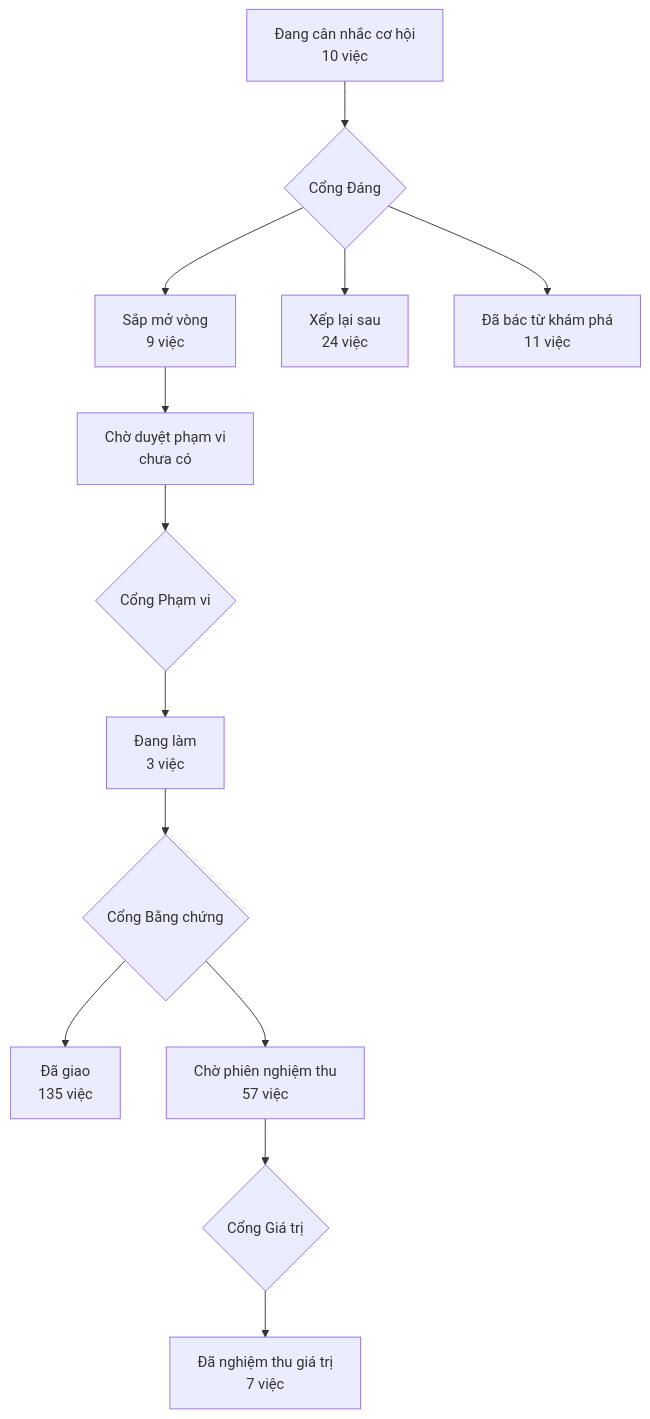
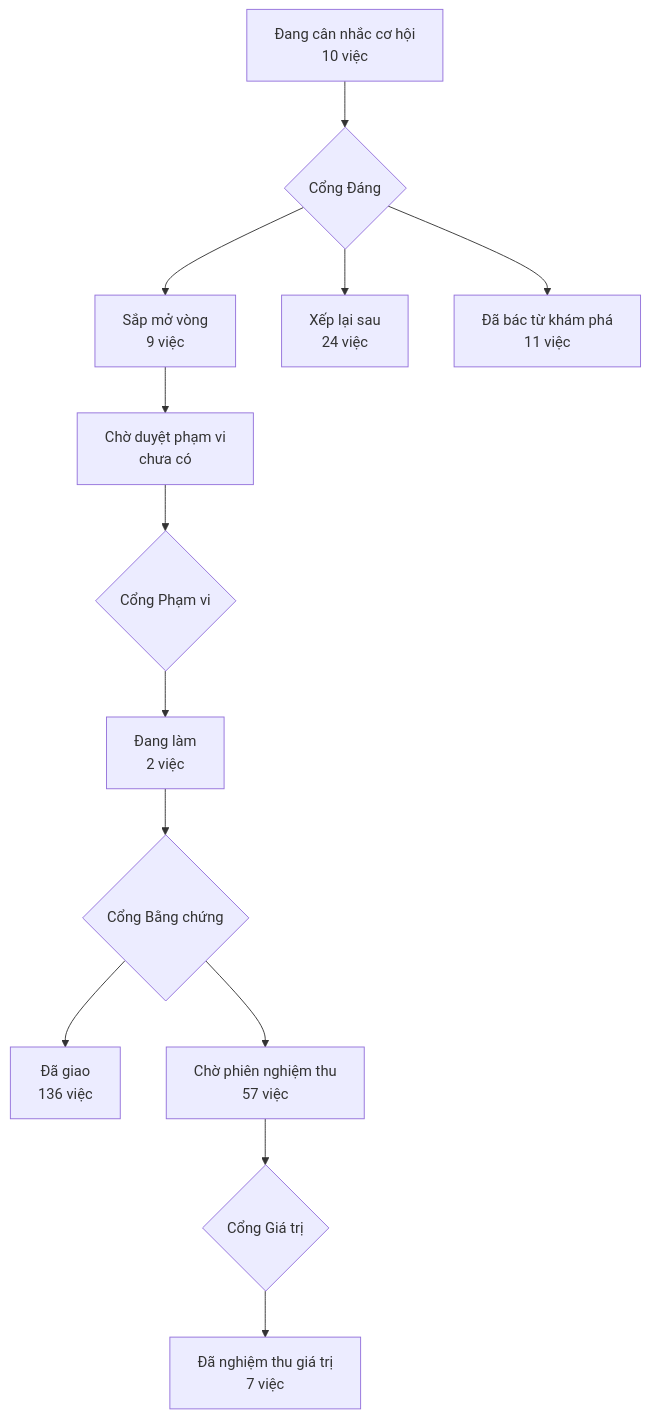
The diagram in PRODUCT-MAP.md (phanlemanh/acceptance-gate-kit), drawn with Mermaid before and after one commit. The commit also changed 5 other files, not shown here.

````diff
--- a/PRODUCT-MAP.md
+++ b/PRODUCT-MAP.md
@@ -7,12 +7,12 @@
 ```mermaid
 flowchart TD
   A["Đang cân nhắc cơ hội<br/>10 việc"] --> GD{"Cổng Đáng"}
   GD --> B["Sắp mở vòng<br/>9 việc"]
   GD --> XL["Xếp lại sau<br/>24 việc"]
   GD --> DB["Đã bác từ khám phá<br/>11 việc"]
   B --> CD["Chờ duyệt phạm vi<br/>chưa có"] --> GP{"Cổng Phạm vi"}
-  GP --> DL["Đang làm<br/>3 việc"] --> GB{"Cổng Bằng chứng"}
-  GB --> DG["Đã giao<br/>135 việc"]
+  GP --> DL["Đang làm<br/>2 việc"] --> GB{"Cổng Bằng chứng"}
+  GB --> DG["Đã giao<br/>136 việc"]
   GB --> CN["Chờ phiên nghiệm thu<br/>57 việc"] --> GG{"Cổng Giá trị"}
   GG --> NT["Đã nghiệm thu giá trị<br/>7 việc"]
 ```
````
